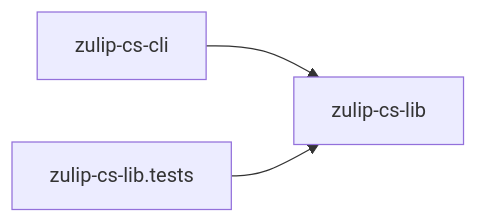
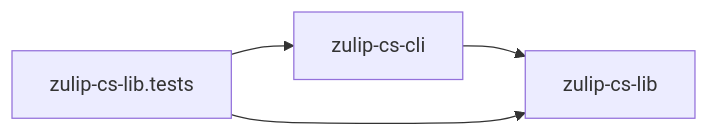
Before and after one commit to GinoCanessa/zulip-cs: the diagram in docs/dependencies-and-build.md, drawn with Mermaid. The commit also changed other lines of this file and 6 other files, not shown here.

````diff
--- a/docs/dependencies-and-build.md
+++ b/docs/dependencies-and-build.md
@@ -22,5 +22,6 @@
 ```mermaid
 flowchart LR
   CLI[zulip-cs-cli] --> LIB[zulip-cs-lib]
   TESTS[zulip-cs-lib.tests] --> LIB
+  TESTS --> CLI
 ```
````
